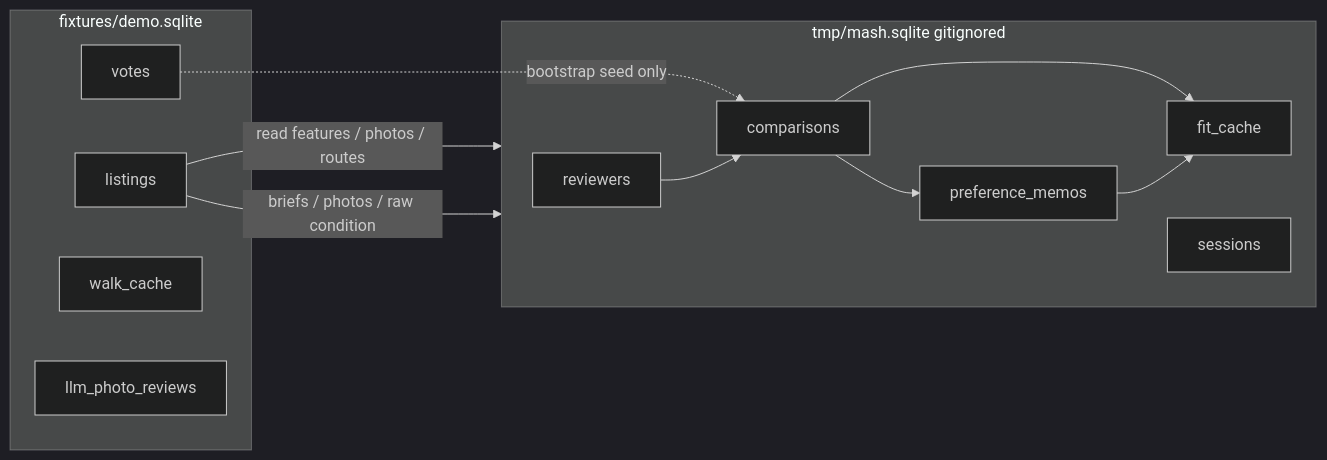
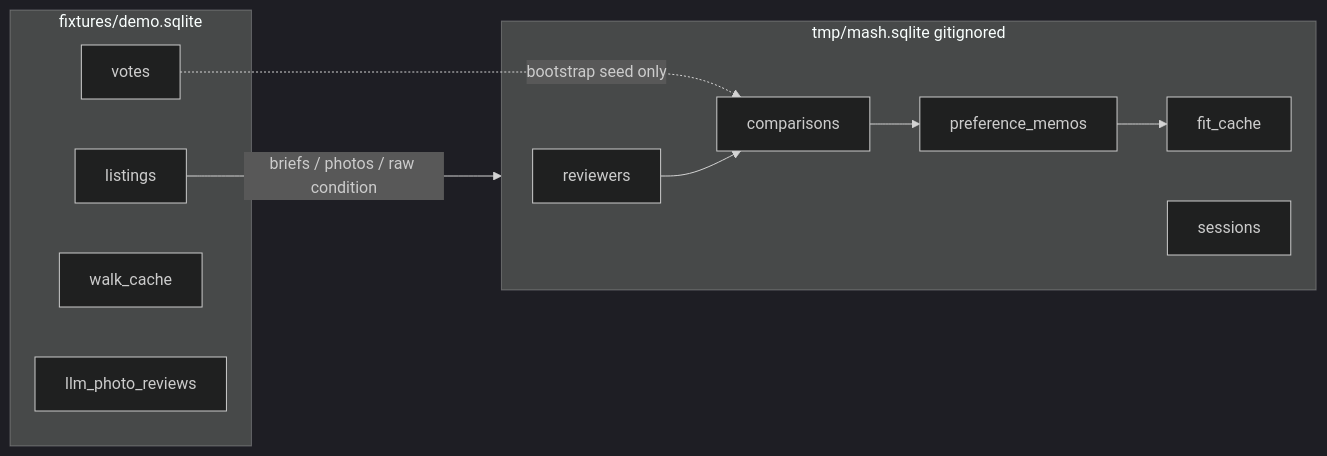
The diagram in README.md (samkim0425/casita), drawn with Mermaid (dark theme) before and after one commit. The commit also changed other lines of this file, not shown here.

````diff
--- a/README.md
+++ b/README.md
@@ -53,25 +42,23 @@
 ```mermaid
 flowchart LR
   subgraph fixture["fixtures/demo.sqlite"]
     listings[listings]
     votes[votes]
     walk_cache[walk_cache]
     photo[llm_photo_reviews]
   end
 
   subgraph mash["tmp/mash.sqlite gitignored"]
     reviewers[reviewers]
     comparisons[comparisons]
     memos[preference_memos]
     fit_cache[fit_cache]
     sessions[sessions]
   end
 
-  listings -->|read features / photos / routes| mash
   listings -->|briefs / photos / raw condition| mash
   votes -.->|bootstrap seed only| comparisons
   reviewers --> comparisons
-  comparisons --> fit_cache
   comparisons --> memos
   memos --> fit_cache
 ```
````
